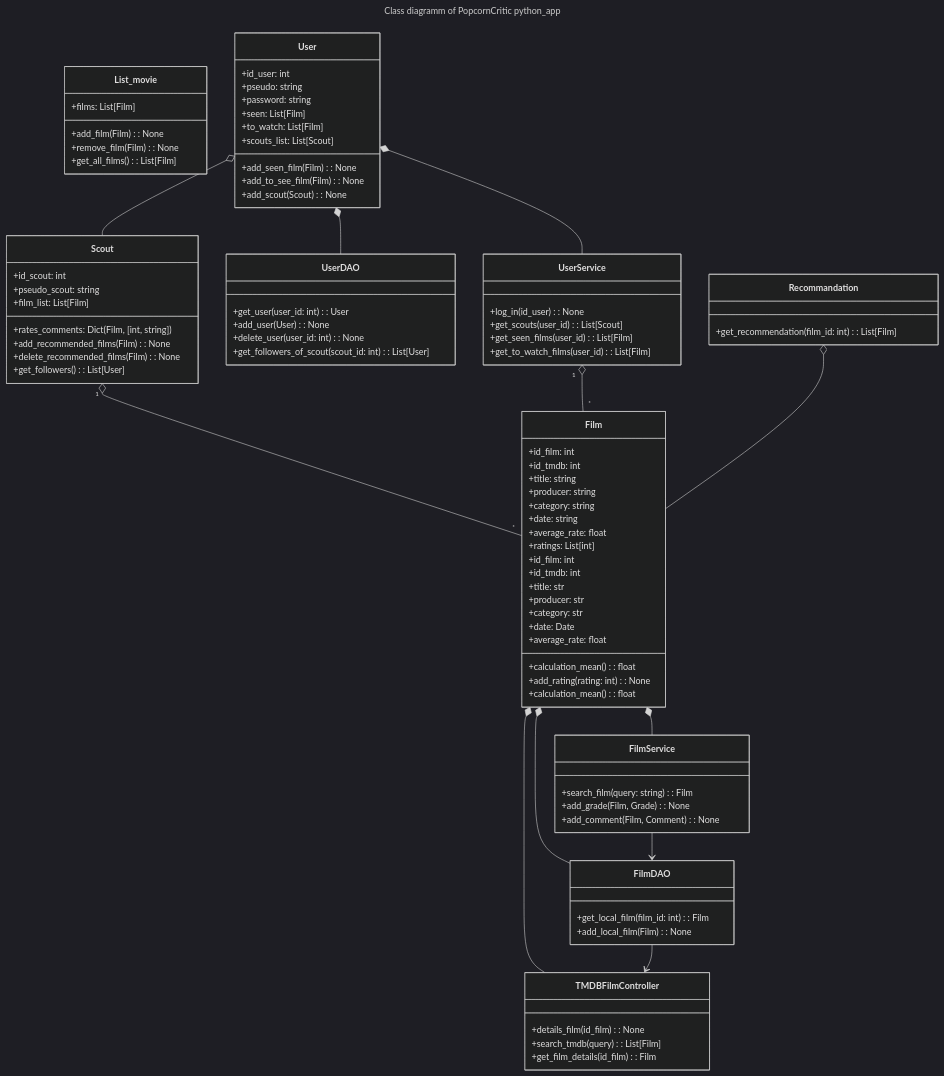
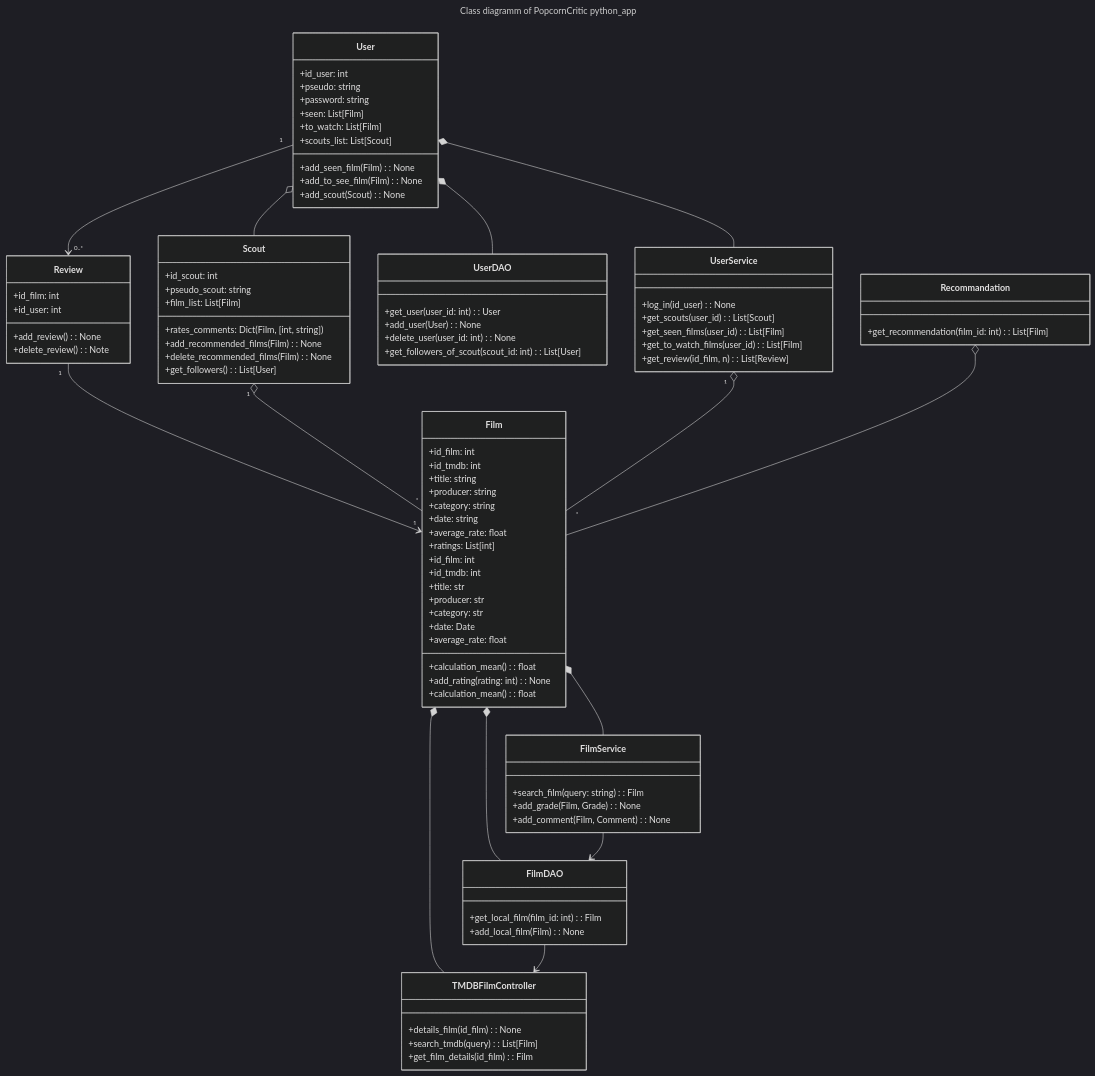
The diagram in src/Diagramme.md (melanielacour/Projet2A_Template), drawn with Mermaid (dark theme) before and after one commit.

```diff
--- a/src/Diagramme.md
+++ b/src/Diagramme.md
@@ -18,11 +18,11 @@
         +add_rating(rating: int): None
     }
 
-    class List_movie {
-        +films: List[Film]
-        +add_film(Film): None
-        +remove_film(Film): None
-        +get_all_films(): List[Film]
+    class Review {
+        +id_film: int
+        +id_user: int
+        +add_review(): None
+        +delete_review(): Note
     }
 
     class User {
@@ -81,6 +81,7 @@
         +get_scouts(user_id): List[Scout]
         +get_seen_films(user_id): List[Film]
         +get_to_watch_films(user_id): List[Film]
+        +get_review(id_film, n): List[Review]
     }
 
     class Recommandation {
@@ -94,6 +95,8 @@
     }
 
 User *-- UserService
+User "1" --> "0..*" Review
+Review "1" --> "1" Film
 Scout "1" o-- "*" Film
 UserService "1" o-- "*" Film
 User o-- Scout
```
